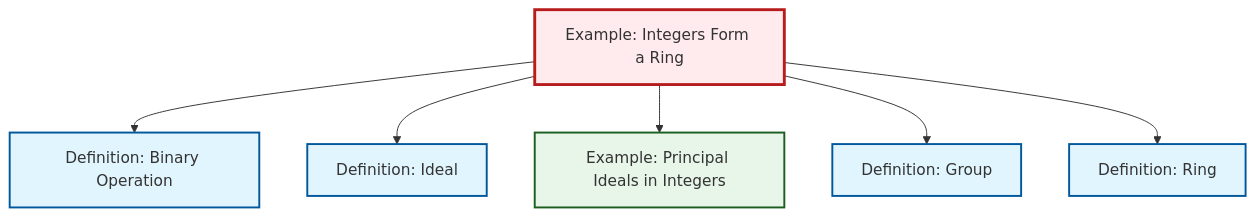
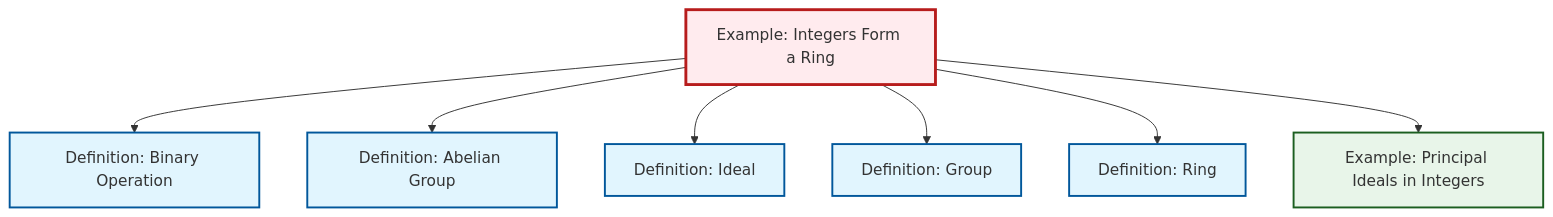
The diagram in content/en/algebra/ex-integers-ring.qmd (RK0429/ModernMath), drawn with Mermaid before and after one commit. The commit also changed 474 other files, not shown here.

````diff
--- a/content/en/algebra/ex-integers-ring.qmd
+++ b/content/en/algebra/ex-integers-ring.qmd
@@ -64,26 +64,29 @@
 ```{mermaid}
 %%| fig-cap: "Local dependency graph"
 graph TD
     classDef definition fill:#e1f5fe,stroke:#01579b,stroke-width:2px
     classDef theorem fill:#f3e5f5,stroke:#4a148c,stroke-width:2px
     classDef axiom fill:#fff3e0,stroke:#e65100,stroke-width:2px
     classDef example fill:#e8f5e9,stroke:#1b5e20,stroke-width:2px
     classDef current fill:#ffebee,stroke:#b71c1c,stroke-width:3px
+    def-ideal["Definition: Ideal"]:::definition
+    def-abelian-group["Definition: Abelian Group"]:::definition
     def-ring["Definition: Ring"]:::definition
+    ex-principal-ideal["Example: Principal Ideals in Integers"]:::example
+    ex-integers-ring["Example: Integers Form a Ring"]:::example
     def-group["Definition: Group"]:::definition
     def-binary-operation["Definition: Binary Operation"]:::definition
-    ex-principal-ideal["Example: Principal Ideals in Integers"]:::example
-    ex-integers-ring["Example: Integers Form a Ring"]:::example
-    def-ideal["Definition: Ideal"]:::definition
     ex-integers-ring --> def-binary-operation
+    ex-integers-ring --> def-abelian-group
     ex-integers-ring --> def-ideal
-    ex-integers-ring --> ex-principal-ideal
     ex-integers-ring --> def-group
     ex-integers-ring --> def-ring
+    ex-integers-ring --> ex-principal-ideal
     class ex-integers-ring current
+    click def-ideal "def-ideal.html" "Go to Ideal definition"
+    click def-abelian-group "def-abelian-group.html" "Go to Abelian Group definition"
     click def-ring "def-ring.html" "Go to Ring definition"
+    click ex-principal-ideal "ex-principal-ideal.html" "Go to Principal Ideals in Integers example"
     click def-group "def-group.html" "Go to Group definition"
     click def-binary-operation "def-binary-operation.html" "Go to Binary Operation definition"
-    click ex-principal-ideal "ex-principal-ideal.html" "Go to Principal Ideals in Integers example"
-    click def-ideal "def-ideal.html" "Go to Ideal definition"
 ```
````
